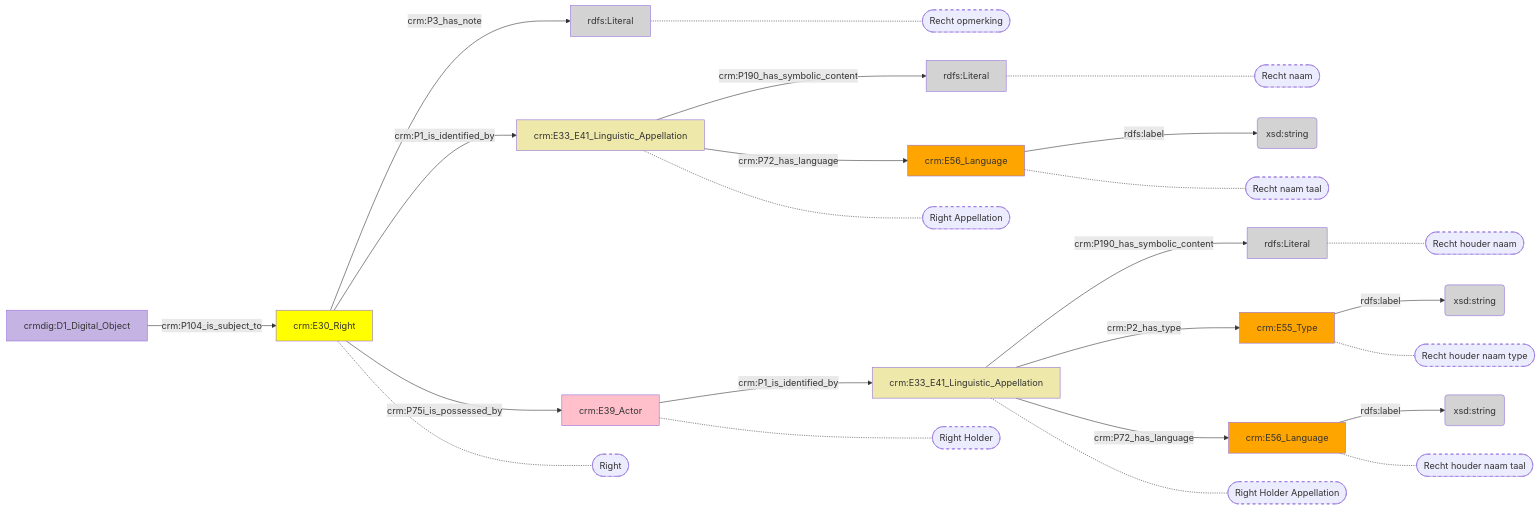
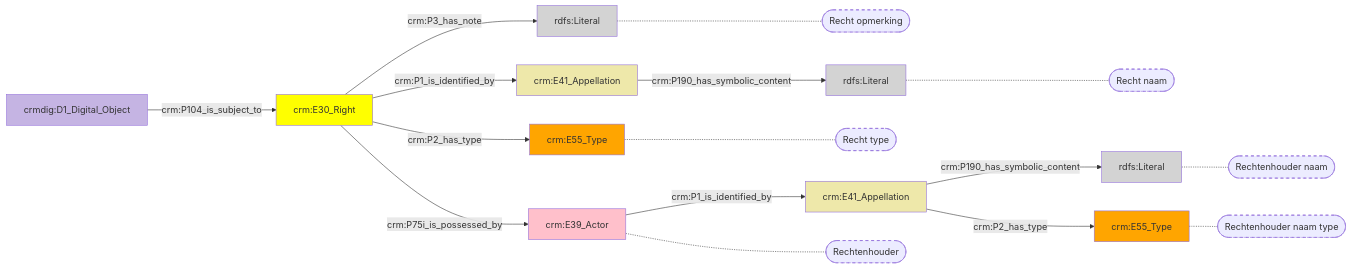
Before and after one commit to digipolisantwerpdocumentation/antwerp-cultureel-erfgoed: the diagram in docs/content/modellen/DigitalObject/Rechten.md, drawn with Mermaid. The commit also changed 170 other files, not shown here.

````diff
--- a/docs/content/modellen/DigitalObject/Rechten.md
+++ b/docs/content/modellen/DigitalObject/Rechten.md
@@ -1,50 +1,34 @@
 ```mermaid
 graph LR
-ad7fab56-04fa-11ee-9497-96a6d2455259["crm:E30_Right"]-->|"crm:P3_has_note"|ad7fc7b2-04fa-11ee-9497-96a6d2455259(rdfs:Literal)
-ad7faeda-04fa-11ee-9497-96a6d2455259["crm:E56_Language"]-->|"rdfs:label"|ad7fc28a-04fa-11ee-9497-96a6d2455259(xsd:string)
-ad7fbe3e-04fa-11ee-9497-96a6d2455259["crm:E55_Type"]-->|"rdfs:label"|ad7fc05a-04fa-11ee-9497-96a6d2455259(xsd:string)
-ad7fc398-04fa-11ee-9497-96a6d2455259["crm:E33_E41_Linguistic_Appellation"]-->|"crm:P190_has_symbolic_content"|ad7fc49c-04fa-11ee-9497-96a6d2455259(rdfs:Literal)
-ad7fc5a0-04fa-11ee-9497-96a6d2455259["crm:E56_Language"]-->|"rdfs:label"|ad7fc6a4-04fa-11ee-9497-96a6d2455259(xsd:string)
-ad7fc8ac-04fa-11ee-9497-96a6d2455259["crm:E33_E41_Linguistic_Appellation"]-->|"crm:P190_has_symbolic_content"|ad7fbf56-04fa-11ee-9497-96a6d2455259(rdfs:Literal)
-ad7fab56-04fa-11ee-9497-96a6d2455259["crm:E30_Right"]-->|"crm:P1_is_identified_by"|ad7fc398-04fa-11ee-9497-96a6d2455259["crm:E33_E41_Linguistic_Appellation"]
-ad7fab56-04fa-11ee-9497-96a6d2455259["crm:E30_Right"]-->|"crm:P75i_is_possessed_by"|ad7fc17c-04fa-11ee-9497-96a6d2455259["crm:E39_Actor"]
-ad7fb3a8-04fa-11ee-9497-96a6d2455259["crmdig:D1_Digital_Object"]-->|"crm:P104_is_subject_to"|ad7fab56-04fa-11ee-9497-96a6d2455259["crm:E30_Right"]
-ad7fc17c-04fa-11ee-9497-96a6d2455259["crm:E39_Actor"]-->|"crm:P1_is_identified_by"|ad7fc8ac-04fa-11ee-9497-96a6d2455259["crm:E33_E41_Linguistic_Appellation"]
-ad7fc398-04fa-11ee-9497-96a6d2455259["crm:E33_E41_Linguistic_Appellation"]-->|"crm:P72_has_language"|ad7fc5a0-04fa-11ee-9497-96a6d2455259["crm:E56_Language"]
-ad7fc8ac-04fa-11ee-9497-96a6d2455259["crm:E33_E41_Linguistic_Appellation"]-->|"crm:P2_has_type"|ad7fbe3e-04fa-11ee-9497-96a6d2455259["crm:E55_Type"]
-ad7fc8ac-04fa-11ee-9497-96a6d2455259["crm:E33_E41_Linguistic_Appellation"]-->|"crm:P72_has_language"|ad7faeda-04fa-11ee-9497-96a6d2455259["crm:E56_Language"]
-ad7fc398-04fa-11ee-9497-96a6d2455259["crm:E33_E41_Linguistic_Appellation"]-.-ad7fc398-04fa-11ee-9497-96a6d2455259_s(["Right Appellation"])
-ad7fc7b2-04fa-11ee-9497-96a6d2455259["rdfs:Literal"]-.-ad7fc7b2-04fa-11ee-9497-96a6d2455259_s(["Recht opmerking"])
-ad7fc17c-04fa-11ee-9497-96a6d2455259["crm:E39_Actor"]-.-ad7fc17c-04fa-11ee-9497-96a6d2455259_s(["Right Holder"])
-ad7fab56-04fa-11ee-9497-96a6d2455259["crm:E30_Right"]-.-ad7fab56-04fa-11ee-9497-96a6d2455259_s(["Right"])
-ad7fc8ac-04fa-11ee-9497-96a6d2455259["crm:E33_E41_Linguistic_Appellation"]-.-ad7fc8ac-04fa-11ee-9497-96a6d2455259_s(["Right Holder Appellation"])
-ad7fc49c-04fa-11ee-9497-96a6d2455259["rdfs:Literal"]-.-ad7fc49c-04fa-11ee-9497-96a6d2455259_s(["Recht naam"])
-ad7fc5a0-04fa-11ee-9497-96a6d2455259["crm:E56_Language"]-.-ad7fc5a0-04fa-11ee-9497-96a6d2455259_s(["Recht naam taal"])
-ad7fbf56-04fa-11ee-9497-96a6d2455259["rdfs:Literal"]-.-ad7fbf56-04fa-11ee-9497-96a6d2455259_s(["Recht houder naam"])
-ad7fbe3e-04fa-11ee-9497-96a6d2455259["crm:E55_Type"]-.-ad7fbe3e-04fa-11ee-9497-96a6d2455259_s(["Recht houder naam type"])
-ad7faeda-04fa-11ee-9497-96a6d2455259["crm:E56_Language"]-.-ad7faeda-04fa-11ee-9497-96a6d2455259_s(["Recht houder naam taal"])
-style ad7fc398-04fa-11ee-9497-96a6d2455259_s stroke-dasharray: 5
-style ad7fc7b2-04fa-11ee-9497-96a6d2455259_s stroke-dasharray: 5
-style ad7fc17c-04fa-11ee-9497-96a6d2455259_s stroke-dasharray: 5
-style ad7fab56-04fa-11ee-9497-96a6d2455259_s stroke-dasharray: 5
-style ad7fc8ac-04fa-11ee-9497-96a6d2455259_s stroke-dasharray: 5
-style ad7fc49c-04fa-11ee-9497-96a6d2455259_s stroke-dasharray: 5
-style ad7fc5a0-04fa-11ee-9497-96a6d2455259_s stroke-dasharray: 5
-style ad7fbf56-04fa-11ee-9497-96a6d2455259_s stroke-dasharray: 5
-style ad7fbe3e-04fa-11ee-9497-96a6d2455259_s stroke-dasharray: 5
-style ad7faeda-04fa-11ee-9497-96a6d2455259_s stroke-dasharray: 5
 style ad7fab56-04fa-11ee-9497-96a6d2455259 fill:#ffff00
-style ad7faeda-04fa-11ee-9497-96a6d2455259 fill:#ffa500
 style ad7fb3a8-04fa-11ee-9497-96a6d2455259 fill:#C5B4E3
 style ad7fbe3e-04fa-11ee-9497-96a6d2455259 fill:#ffa500
 style ad7fbf56-04fa-11ee-9497-96a6d2455259 fill:#D3D3D3
-style ad7fc05a-04fa-11ee-9497-96a6d2455259 fill:#D3D3D3
 style ad7fc17c-04fa-11ee-9497-96a6d2455259 fill:#ffc0cb
-style ad7fc28a-04fa-11ee-9497-96a6d2455259 fill:#D3D3D3
 style ad7fc398-04fa-11ee-9497-96a6d2455259 fill:#EEE8AA
 style ad7fc49c-04fa-11ee-9497-96a6d2455259 fill:#D3D3D3
-style ad7fc5a0-04fa-11ee-9497-96a6d2455259 fill:#ffa500
-style ad7fc6a4-04fa-11ee-9497-96a6d2455259 fill:#D3D3D3
 style ad7fc7b2-04fa-11ee-9497-96a6d2455259 fill:#D3D3D3
 style ad7fc8ac-04fa-11ee-9497-96a6d2455259 fill:#EEE8AA
+style dd0dfa04-b08b-11ee-a0af-960002548b4f fill:#ffa500
+ad7fab56-04fa-11ee-9497-96a6d2455259["crm:E30_Right"]-->|"crm:P3_has_note"|ad7fc7b2-04fa-11ee-9497-96a6d2455259(rdfs:Literal)
+ad7fc398-04fa-11ee-9497-96a6d2455259["crm:E41_Appellation"]-->|"crm:P190_has_symbolic_content"|ad7fc49c-04fa-11ee-9497-96a6d2455259(rdfs:Literal)
+ad7fc8ac-04fa-11ee-9497-96a6d2455259["crm:E41_Appellation"]-->|"crm:P190_has_symbolic_content"|ad7fbf56-04fa-11ee-9497-96a6d2455259(rdfs:Literal)
+style dd0dfa04-b08b-11ee-a0af-960002548b4f_s stroke-dasharray: 5
+style ad7fc7b2-04fa-11ee-9497-96a6d2455259_s stroke-dasharray: 5
+style ad7fc17c-04fa-11ee-9497-96a6d2455259_s stroke-dasharray: 5
+style ad7fc49c-04fa-11ee-9497-96a6d2455259_s stroke-dasharray: 5
+style ad7fbf56-04fa-11ee-9497-96a6d2455259_s stroke-dasharray: 5
+style ad7fbe3e-04fa-11ee-9497-96a6d2455259_s stroke-dasharray: 5
+ad7fab56-04fa-11ee-9497-96a6d2455259["crm:E30_Right"]-->|"crm:P1_is_identified_by"|ad7fc398-04fa-11ee-9497-96a6d2455259["crm:E41_Appellation"]
+ad7fab56-04fa-11ee-9497-96a6d2455259["crm:E30_Right"]-->|"crm:P2_has_type"|dd0dfa04-b08b-11ee-a0af-960002548b4f["crm:E55_Type"]
+ad7fab56-04fa-11ee-9497-96a6d2455259["crm:E30_Right"]-->|"crm:P75i_is_possessed_by"|ad7fc17c-04fa-11ee-9497-96a6d2455259["crm:E39_Actor"]
+ad7fb3a8-04fa-11ee-9497-96a6d2455259["crmdig:D1_Digital_Object"]-->|"crm:P104_is_subject_to"|ad7fab56-04fa-11ee-9497-96a6d2455259["crm:E30_Right"]
+ad7fc17c-04fa-11ee-9497-96a6d2455259["crm:E39_Actor"]-->|"crm:P1_is_identified_by"|ad7fc8ac-04fa-11ee-9497-96a6d2455259["crm:E41_Appellation"]
+ad7fc8ac-04fa-11ee-9497-96a6d2455259["crm:E41_Appellation"]-->|"crm:P2_has_type"|ad7fbe3e-04fa-11ee-9497-96a6d2455259["crm:E55_Type"]
+dd0dfa04-b08b-11ee-a0af-960002548b4f["crm:E55_Type"]-.-dd0dfa04-b08b-11ee-a0af-960002548b4f_s(["Recht type"])
+ad7fc7b2-04fa-11ee-9497-96a6d2455259["rdfs:Literal"]-.-ad7fc7b2-04fa-11ee-9497-96a6d2455259_s(["Recht opmerking"])
+ad7fc17c-04fa-11ee-9497-96a6d2455259["crm:E39_Actor"]-.-ad7fc17c-04fa-11ee-9497-96a6d2455259_s(["Rechtenhouder"])
+ad7fc49c-04fa-11ee-9497-96a6d2455259["rdfs:Literal"]-.-ad7fc49c-04fa-11ee-9497-96a6d2455259_s(["Recht naam"])
+ad7fbf56-04fa-11ee-9497-96a6d2455259["rdfs:Literal"]-.-ad7fbf56-04fa-11ee-9497-96a6d2455259_s(["Rechtenhouder naam"])
+ad7fbe3e-04fa-11ee-9497-96a6d2455259["crm:E55_Type"]-.-ad7fbe3e-04fa-11ee-9497-96a6d2455259_s(["Rechtenhouder naam type"])
 ```
````
